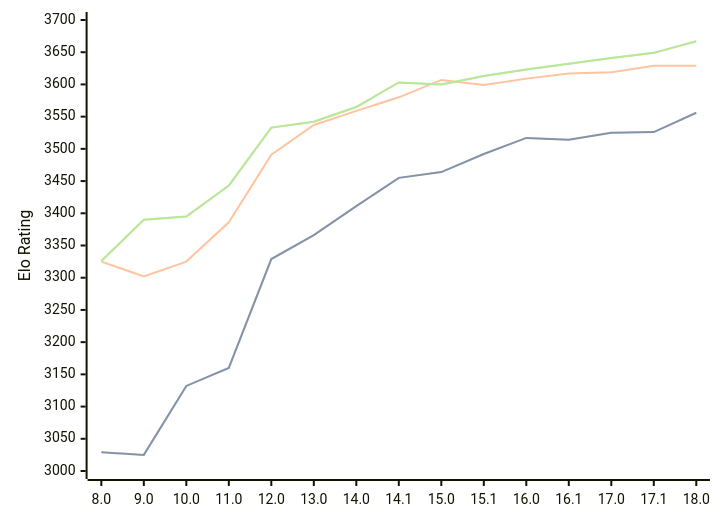
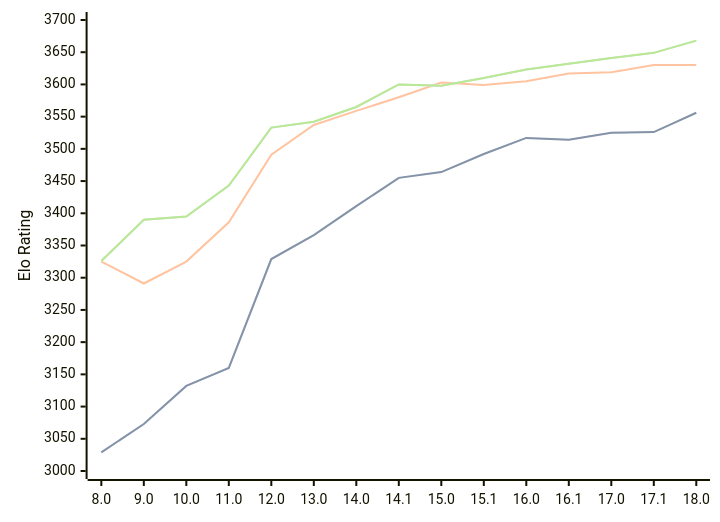
The diagram in engines/Stockfish.md (computer-chess-index/cci), drawn with Mermaid before and after one commit. The commit also changed other lines of this file, not shown here.

Commit message:
Update CCI Ratings (ELO VLTC) - 2026-02-25

````diff
--- a/engines/Stockfish.md
+++ b/engines/Stockfish.md
@@ -44,11 +44,11 @@
 ```mermaid
 %%{init: {"theme":"base","themeVariables":{"seriesColors:['#a3a3a3','#222221','#faa371']}}}%%
 xychart-beta
   x-axis ["8.0", "9.0", "10.0", "11.0", "12.0", "13.0", "14.0", "14.1", "15.0", "15.1", "16.0", "16.1", "17.0", "17.1", "18.0"]
   y-axis "Elo Rating" 3000 --> 3700
-  line "STC (8.0+0.08s)" [3029, 3025, 3132, 3160, 3329, 3366, 3411, 3455, 3464, 3492, 3517, 3514, 3525, 3526, 3556]
-  line "STC (8.0+0.08s)" [3029, 3025, 3132, 3160, 3329, 3366, 3411, 3455, 3464, 3492, 3517, 3514, 3525, 3526, 3556]
-  line "LTC (60.0+0.60s)" [3325, 3302, 3325, 3386, 3491, 3537, 3559, 3580, 3607, 3599, 3609, 3617, 3619, 3629, 3629]
-  line "VLTC (2m24s+1.12s)" [3326, 3390, 3395, 3443, 3533, 3542, 3565, 3603, 3600, 3613, 3623, 3632, 3641, 3649, 3667]
-  line "VLTC (2m24s+1.12s)" [3326, 3390, 3395, 3443, 3533, 3542, 3565, 3603, 3600, 3613, 3623, 3632, 3641, 3649, 3667]
+  line "STC (8.0+0.08s)" [3029, 3073, 3132, 3160, 3329, 3366, 3411, 3455, 3464, 3492, 3517, 3514, 3525, 3526, 3556]
+  line "STC (8.0+0.08s)" [3029, 3073, 3132, 3160, 3329, 3366, 3411, 3455, 3464, 3492, 3517, 3514, 3525, 3526, 3556]
+  line "LTC (60.0+0.60s)" [3325, 3291, 3325, 3386, 3491, 3537, 3559, 3580, 3603, 3599, 3605, 3617, 3619, 3630, 3630]
+  line "VLTC (2m24s+1.12s)" [3326, 3390, 3395, 3443, 3533, 3542, 3565, 3600, 3598, 3610, 3623, 3632, 3641, 3649, 3668]
+  line "VLTC (2m24s+1.12s)" [3326, 3390, 3395, 3443, 3533, 3542, 3565, 3600, 3598, 3610, 3623, 3632, 3641, 3649, 3668]
 ```
````
